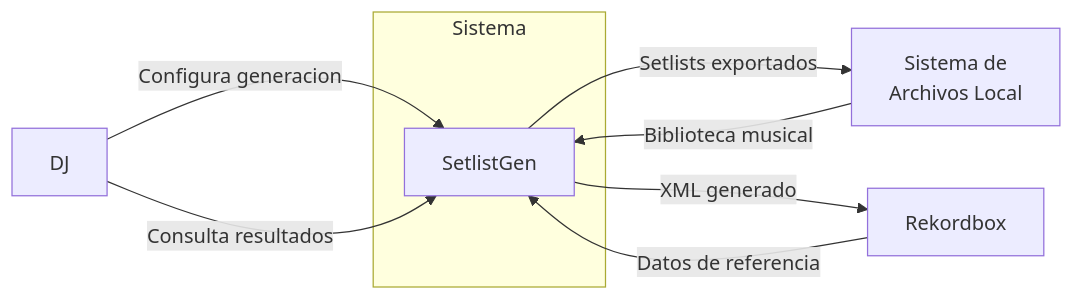
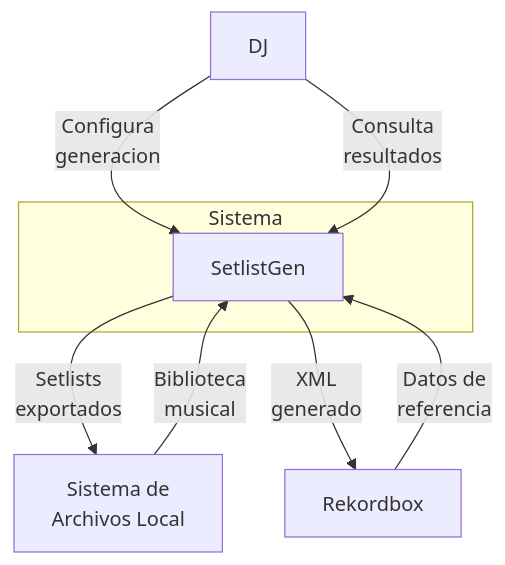
One commit to pabloo806/Trabajo-de-Fin-de-Grado changed the first of 4 diagrams in docs/requirements/requirements.md. Above: the diagram before and after it, drawn with Mermaid.

Commit message:
Improve flowchart formatting in requirements.md
Updated flowchart formatting for better readability.

````diff
--- a/docs/requirements/requirements.md
+++ b/docs/requirements/requirements.md
@@ -44,21 +44,21 @@
 ```mermaid
-flowchart LR
+flowchart TB
 
     DJ[DJ]
 
     subgraph Sistema
         SG[SetlistGen]
     end
 
     FS[Sistema de<br/>Archivos Local]
     RB[Rekordbox]
 
-    DJ -->|Configura generacion| SG
-    DJ -->|Consulta resultados| SG
+    DJ -->|Configura<br/>generacion| SG
+    DJ -->|Consulta<br/>resultados| SG
 
-    FS -->|Biblioteca musical| SG
-    SG -->|Setlists exportados| FS
+    FS -->|Biblioteca<br/>musical| SG
+    SG -->|Setlists<br/>exportados| FS
 
-    SG -->|XML generado| RB
-    RB -->|Datos de referencia| SG
+    SG -->|XML<br/>generado| RB
+    RB -->|Datos de<br/>referencia| SG
 ```
````
